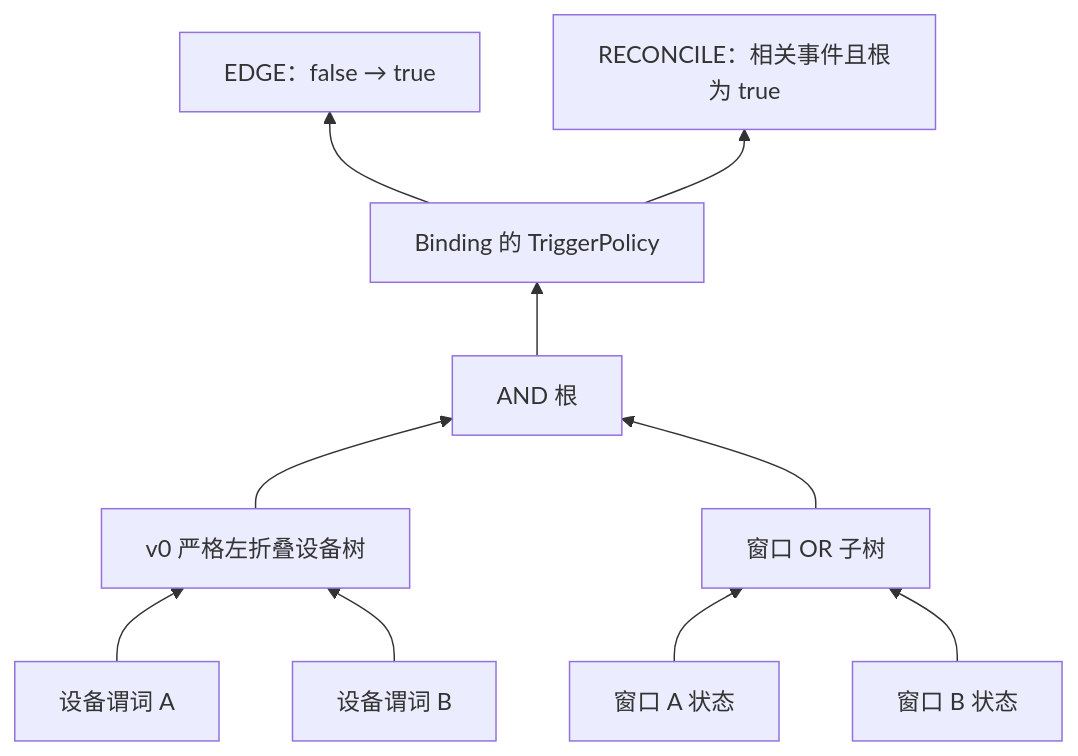
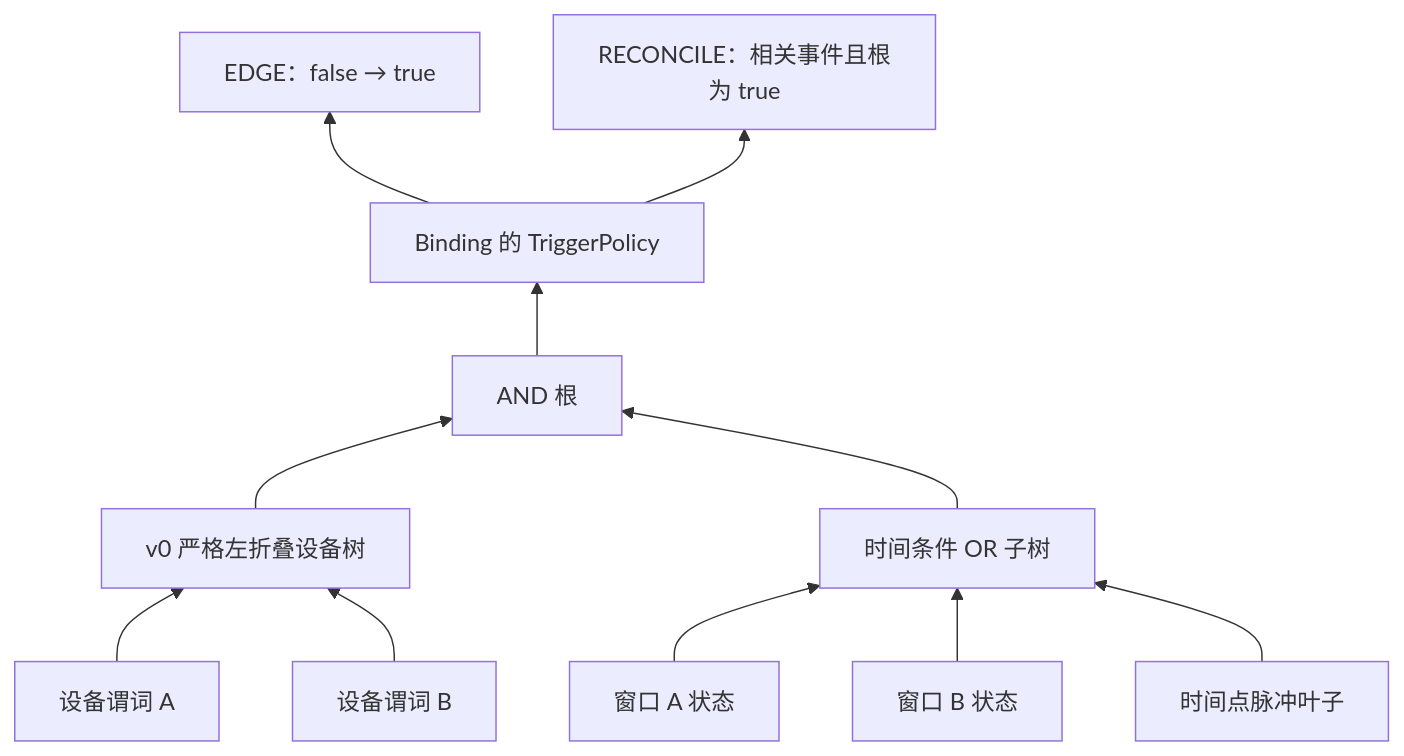
Before and after one commit to NeoM-Coding/Labsystem: the third of 3 diagrams in domains/rule/engine/docs/runtime-v3.md, drawn with Mermaid. The commit also changed other lines of this file and 13 other files, not shown here.

````diff
--- a/domains/rule/engine/docs/runtime-v3.md
+++ b/domains/rule/engine/docs/runtime-v3.md
@@ -70,12 +70,13 @@
 ```mermaid
 flowchart BT
     A[设备谓词 A] --> Devices[v0 严格左折叠设备树]
     B[设备谓词 B] --> Devices
-    W1[窗口 A 状态] --> Windows[窗口 OR 子树]
+    W1[窗口 A 状态] --> Windows[时间条件 OR 子树]
     W2[窗口 B 状态] --> Windows
+    Point[时间点脉冲叶子] --> Windows
     Devices --> Root[AND 根]
     Windows --> Root
     Root --> Policy[Binding 的 TriggerPolicy]
     Policy --> Edge[EDGE：false → true]
     Policy --> Reconcile[RECONCILE：相关事件且根为 true]
 ```
````
